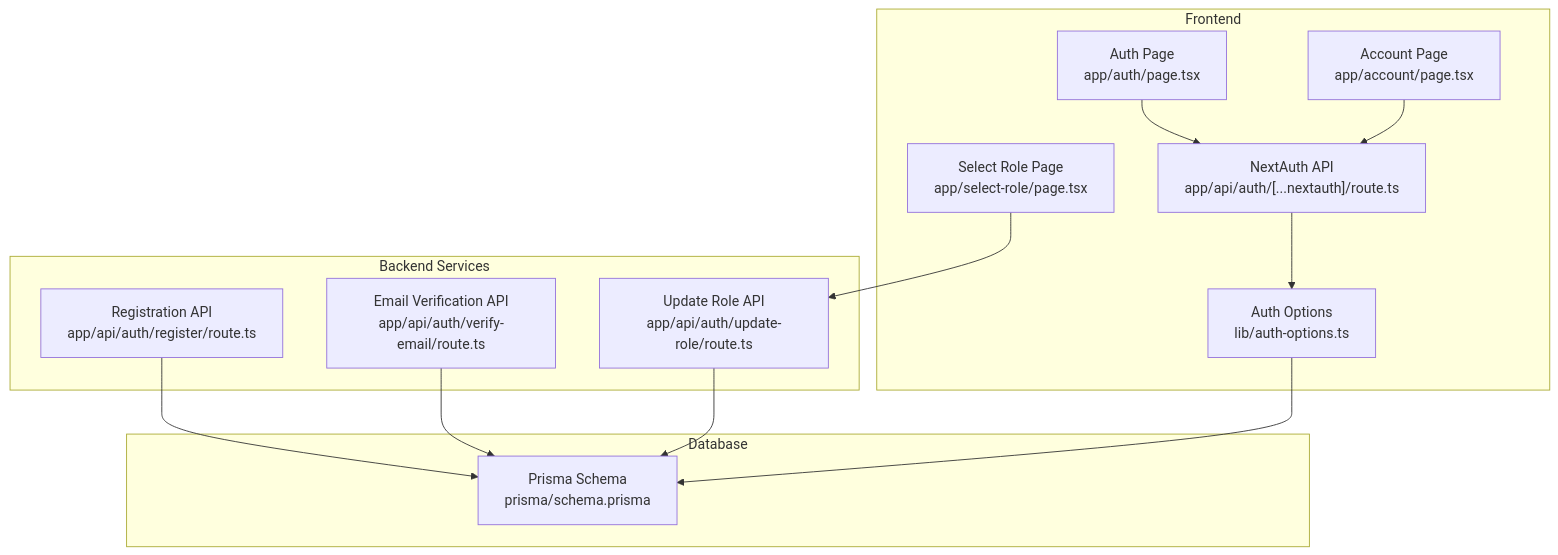
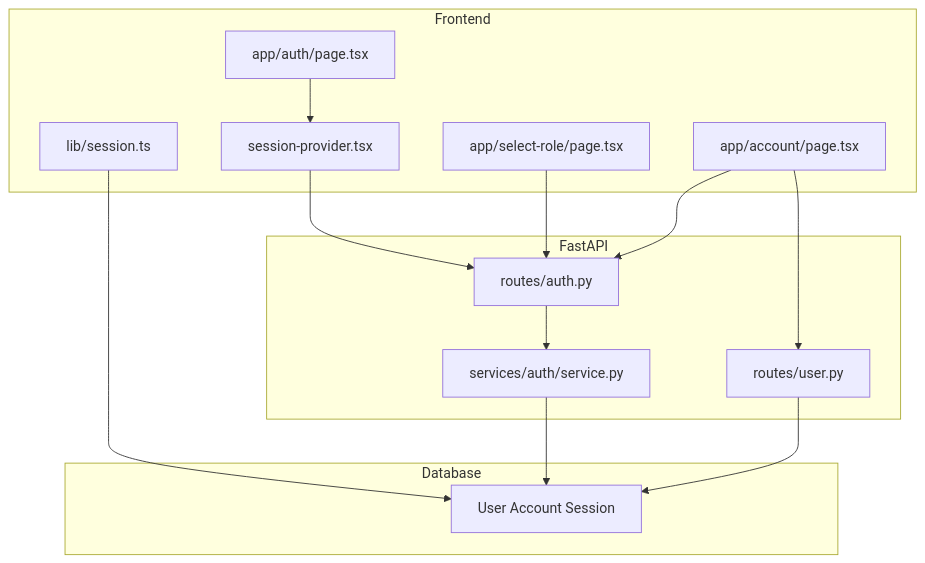
The first of 5 diagrams in src/data/docs/talentsync/Feature Implementation/User Management System.md (tashifkhan/tashif.codes), drawn with Mermaid before and after one commit. The commit also changed other lines of this file and 2128 other files, not shown here.

First line of the commit message:
docs: replace raster diagram images with native Mermaid across project guides

````diff
--- a/src/data/docs/talentsync/Feature Implementation/User Management System.md
+++ b/src/data/docs/talentsync/Feature Implementation/User Management System.md
@@ -12,26 +9,27 @@
 ```mermaid
 graph TB
 subgraph "Frontend"
-A["NextAuth API<br/>app/api/auth/[...nextauth]/route.ts"]
-B["Auth Options<br/>lib/auth-options.ts"]
-C["Auth Page<br/>app/auth/page.tsx"]
-D["Select Role Page<br/>app/select-role/page.tsx"]
-E["Account Page<br/>app/account/page.tsx"]
+A["app/auth/page.tsx"]
+B["session-provider.tsx"]
+C["app/select-role/page.tsx"]
+D["app/account/page.tsx"]
+E["lib/session.ts"]
 end
-subgraph "Backend Services"
-F["Registration API<br/>app/api/auth/register/route.ts"]
-G["Email Verification API<br/>app/api/auth/verify-email/route.ts"]
-H["Update Role API<br/>app/api/auth/update-role/route.ts"]
+subgraph "FastAPI"
+F["routes/auth.py"]
+G["routes/user.py"]
+H["services/auth/service.py"]
 end
 subgraph "Database"
-I["Prisma Schema<br/>prisma/schema.prisma"]
+I["User Account Session"]
 end
 A --> B
-C --> A
-D --> H
-E --> A
-F --> I
+B --> F
+C --> F
+D --> F
+D --> G
+E --> I
+F --> H
+H --> I
 G --> I
-H --> I
-B --> I
 ```
````
